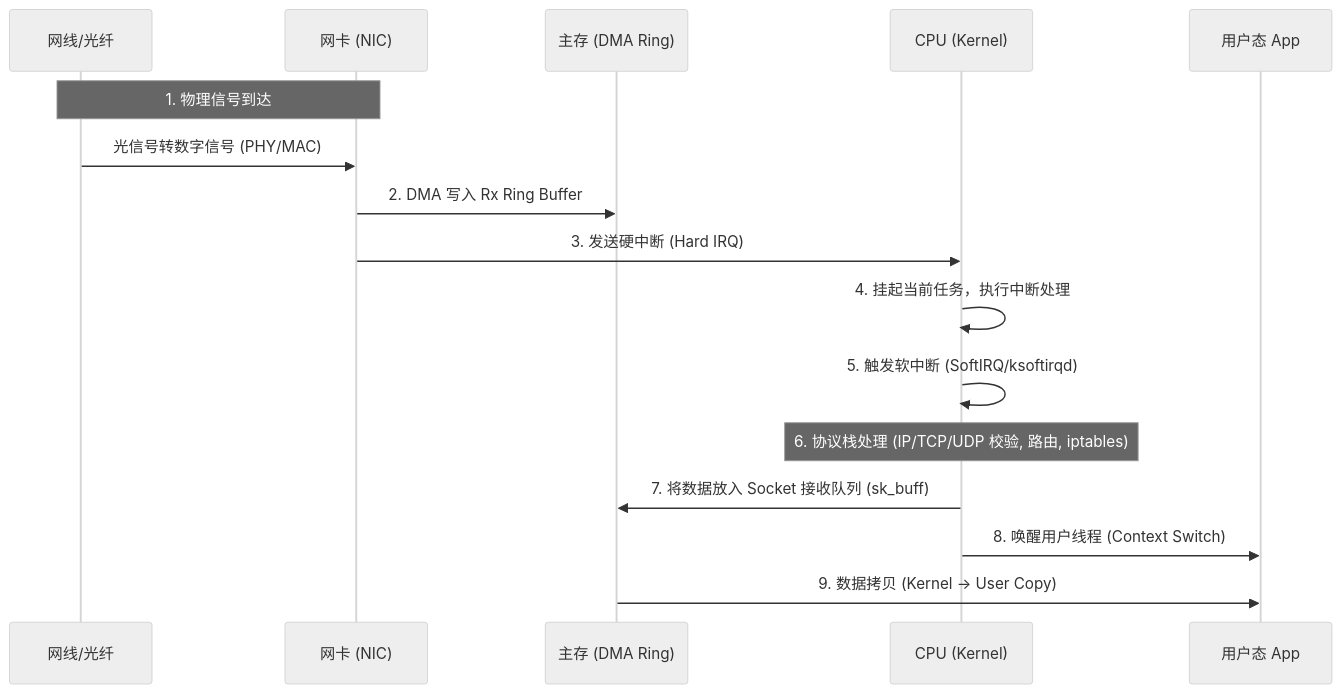
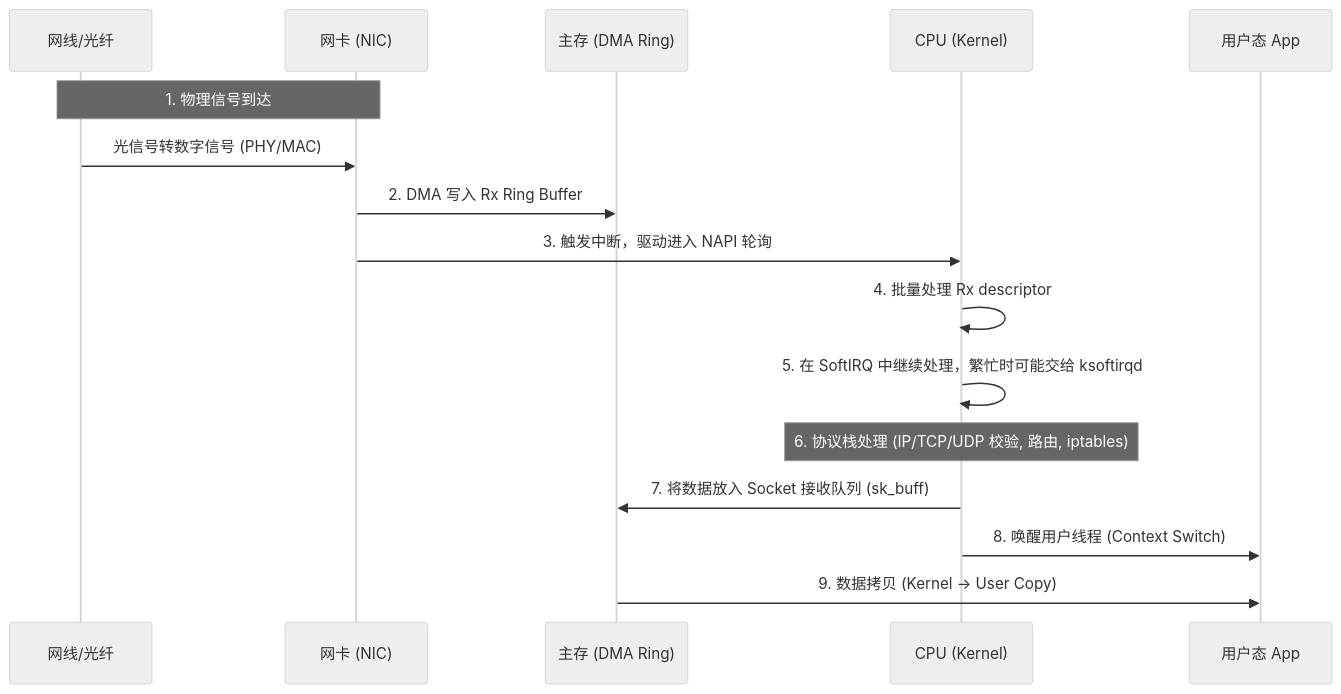
The first of 7 diagrams in src/network/basics.md (xizheyin/hft-book-rs), drawn with Mermaid (neutral theme) before and after one commit. The commit also changed other lines of this file and 88 other files, not shown here.

````diff
--- a/src/network/basics.md
+++ b/src/network/basics.md
@@ -15,19 +15,19 @@
 ```mermaid
 sequenceDiagram
     participant Wire as 网线/光纤
     participant NIC as 网卡 (NIC)
     participant RAM as 主存 (DMA Ring)
     participant CPU as CPU (Kernel)
     participant App as 用户态 App
 
     Note over Wire, NIC: 1. 物理信号到达
     Wire->>NIC: 光信号转数字信号 (PHY/MAC)
     NIC->>RAM: 2. DMA 写入 Rx Ring Buffer
-    NIC->>CPU: 3. 发送硬中断 (Hard IRQ)
-    CPU->>CPU: 4. 挂起当前任务，执行中断处理
-    CPU->>CPU: 5. 触发软中断 (SoftIRQ/ksoftirqd)
+    NIC->>CPU: 3. 触发中断，驱动进入 NAPI 轮询
+    CPU->>CPU: 4. 批量处理 Rx descriptor
+    CPU->>CPU: 5. 在 SoftIRQ 中继续处理，繁忙时可能交给 ksoftirqd
     Note over CPU: 6. 协议栈处理 (IP/TCP/UDP 校验, 路由, iptables)
     CPU->>RAM: 7. 将数据放入 Socket 接收队列 (sk_buff)
     CPU->>App: 8. 唤醒用户线程 (Context Switch)
     RAM->>App: 9. 数据拷贝 (Kernel -> User Copy)
 ```
````
